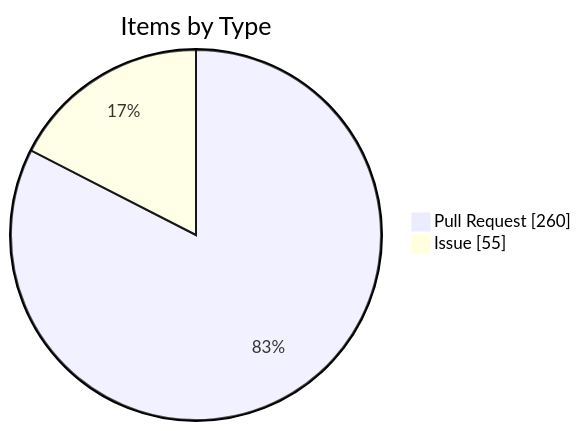
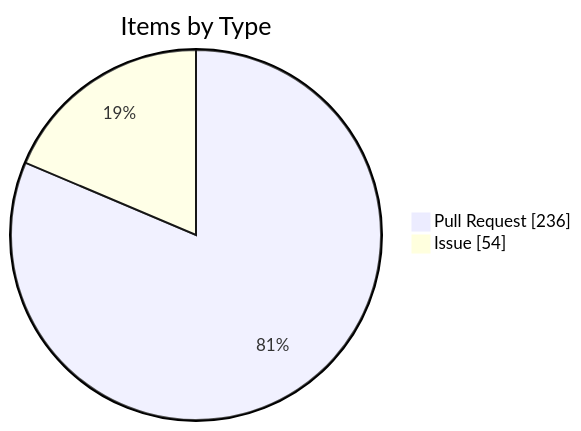
Before and after one commit to KBVE/kbve: the fourth of 4 diagrams in apps/kbve/astro-kbve/src/content/docs/dashboard/kanban-data.mdx, drawn with Mermaid. The commit also changed other lines of this file and 7 other files, not shown here.

````diff
--- a/apps/kbve/astro-kbve/src/content/docs/dashboard/kanban-data.mdx
+++ b/apps/kbve/astro-kbve/src/content/docs/dashboard/kanban-data.mdx
@@ -116,6 +116,6 @@
 ```mermaid
 pie showData
     title Items by Type
-    "Pull Request" : 260
-    "Issue" : 55
+    "Pull Request" : 236
+    "Issue" : 54
 ```
````
